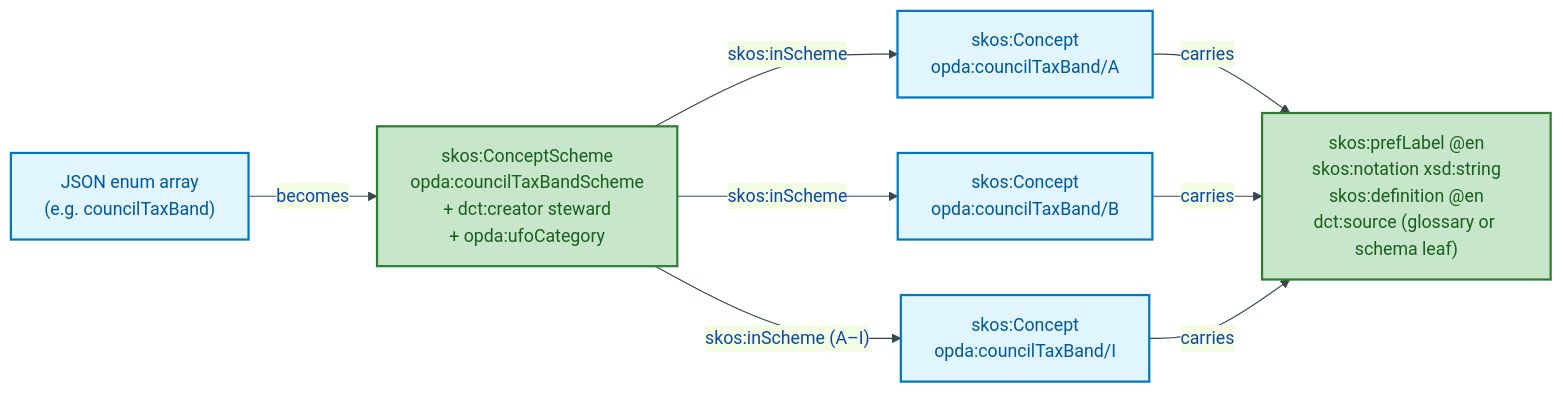
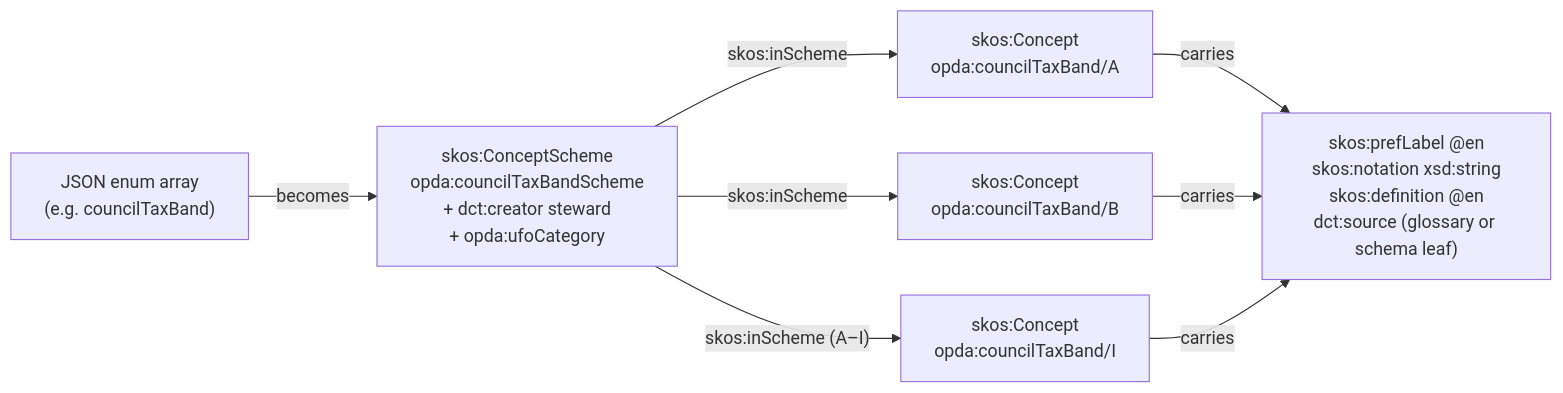
One commit to sparkling/opda changed the second of 4 diagrams in docs/ontology/odr/ODR-0011-enumeration-vocabularies.md. Above: the diagram before and after it, drawn with Mermaid. The commit also changed other lines of this file and 25 other files, not shown here.

````diff
--- a/docs/ontology/odr/ODR-0011-enumeration-vocabularies.md
+++ b/docs/ontology/odr/ODR-0011-enumeration-vocabularies.md
@@ -52,25 +47,21 @@
 ```mermaid
-%%{init:{"theme":"base","themeVariables":{"primaryColor":"#E3F2FD","primaryTextColor":"#0D47A1","primaryBorderColor":"#1565C0","lineColor":"#37474F"}}}%%
 flowchart LR
     accTitle: SKOS concept scheme structure for a JSON enum
     accDescr: Flowchart showing a JSON enum array becoming a skos:ConceptScheme whose members are skos:Concepts carrying prefLabel, notation, definition, and dct:source provenance.
-    classDef process fill:#E1F5FE,stroke:#0277BD,stroke-width:2px,color:#01579B
-    classDef decision fill:#FFF9C4,stroke:#F9A825,stroke-width:2px,color:#E65100
-    classDef output fill:#C8E6C9,stroke:#2E7D32,stroke-width:2px,color:#1B5E20
 
     E["JSON enum array<br/>(e.g. councilTaxBand)"]:::process
-    S["skos:ConceptScheme<br/>opda:councilTaxBandScheme<br/>+ dct:creator steward<br/>+ opda:ufoCategory"]:::output
+    S["skos:ConceptScheme<br/>opda:councilTaxBandScheme<br/>+ dct:creator steward<br/>+ opda:ufoCategory"]:::success
     C1["skos:Concept<br/>opda:councilTaxBand/A"]:::process
     C2["skos:Concept<br/>opda:councilTaxBand/B"]:::process
     CN["skos:Concept<br/>opda:councilTaxBand/I"]:::process
 
-    PROPS["skos:prefLabel @en<br/>skos:notation xsd:string<br/>skos:definition @en<br/>dct:source (glossary or schema leaf)"]:::output
+    PROPS["skos:prefLabel @en<br/>skos:notation xsd:string<br/>skos:definition @en<br/>dct:source (glossary or schema leaf)"]:::success
 
     E -->|"becomes"| S
     S -->|"skos:inScheme"| C1
     S -->|"skos:inScheme"| C2
     S -->|"skos:inScheme (A–I)"| CN
     C1 -->|"carries"| PROPS
     C2 -->|"carries"| PROPS
     CN -->|"carries"| PROPS
 ```
````
